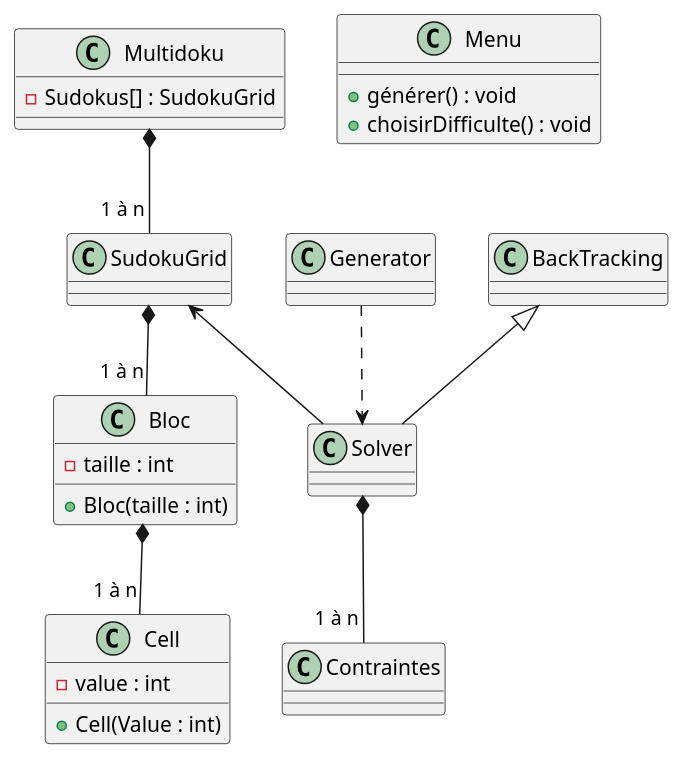
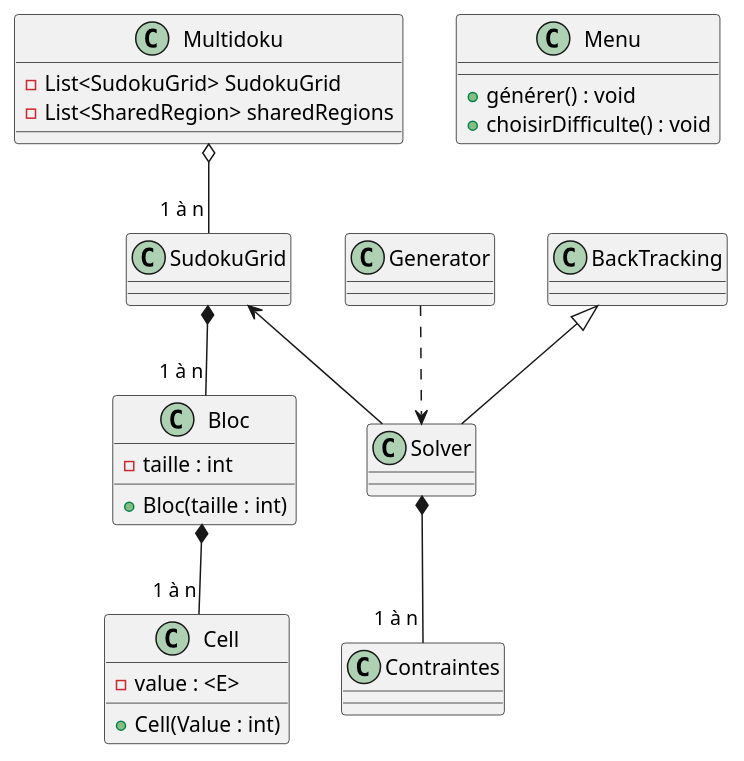
One commit to PolytechLyon/SudokuAPO changed the diagram in Sudoku.puml. Above: the diagram before and after it, drawn with PlantUML. The commit also changed 2 other files, not shown here.

Commit message:
diagramme 23h13

```diff
--- a/Sudoku.puml
+++ b/Sudoku.puml
@@ -1,39 +1,40 @@
 @startuml
 class Multidoku {
-    - Sudokus[] : SudokuGrid
+    - List<SudokuGrid> SudokuGrid
+    - List<SharedRegion> sharedRegions
 }
 class SudokuGrid{
 
 }
 
 class Bloc {
     -taille : int
     + Bloc(taille : int)
 }
 
 class Cell {
-    -value : int
+    -value : <E>
     + Cell(Value : int)
 }
 
 class Menu {
     + générer() : void
     + choisirDifficulte() : void
 }
 
 class Solver {
 }
 class Contraintes {
 }
 
 class Generator {
 }
 
-Multidoku*-- "1 à n" SudokuGrid
+Multidoku o-- "1 à n" SudokuGrid
 Solver*-- "1 à n" Contraintes
 SudokuGrid<--Solver
 SudokuGrid*-- "1 à n" Bloc
 Bloc*-- "1 à n" Cell
 Generator ..> Solver
 BackTracking <|-- Solver
 @enduml
```
